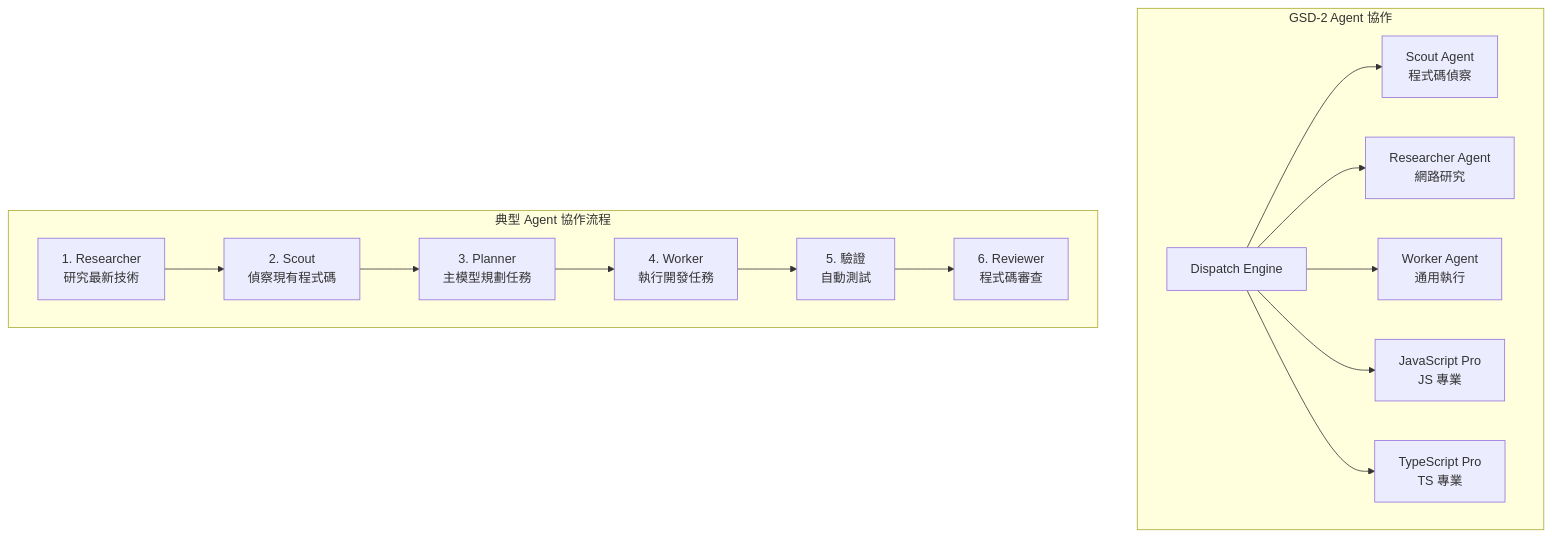
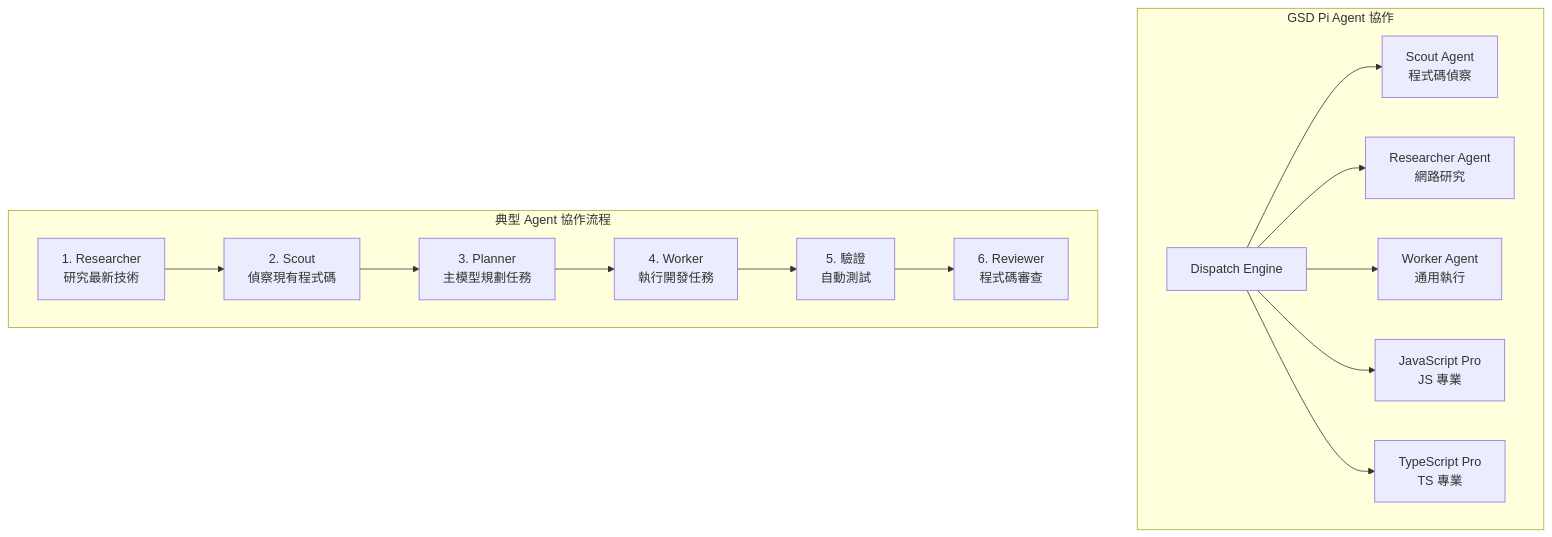
Before and after one commit to chihhung/Blog: the ninth of 16 diagrams in content/posts/教學/AI開發/GSD-2教學手冊.md, drawn with Mermaid. The commit also changed other lines of this file and 12 other files, not shown here.

````diff
--- a/content/posts/教學/AI開發/GSD-2教學手冊.md
+++ b/content/posts/教學/AI開發/GSD-2教學手冊.md
@@ -1322,18 +1473,18 @@
 ```mermaid
 graph TB
-    subgraph "GSD-2 Agent 協作"
+    subgraph "GSD Pi Agent 協作"
         DISPATCH[Dispatch Engine] --> SCOUT[Scout Agent<br/>程式碼偵察]
         DISPATCH --> RESEARCHER[Researcher Agent<br/>網路研究]
         DISPATCH --> WORKER[Worker Agent<br/>通用執行]
         DISPATCH --> JS_PRO[JavaScript Pro<br/>JS 專業]
         DISPATCH --> TS_PRO[TypeScript Pro<br/>TS 專業]
     end
 
     subgraph "典型 Agent 協作流程"
         R1[1. Researcher<br/>研究最新技術] --> R2[2. Scout<br/>偵察現有程式碼]
         R2 --> R3[3. Planner<br/>主模型規劃任務]
         R3 --> R4[4. Worker<br/>執行開發任務]
         R4 --> R5[5. 驗證<br/>自動測試]
         R5 --> R6[6. Reviewer<br/>程式碼審查]
     end
 ```
````
